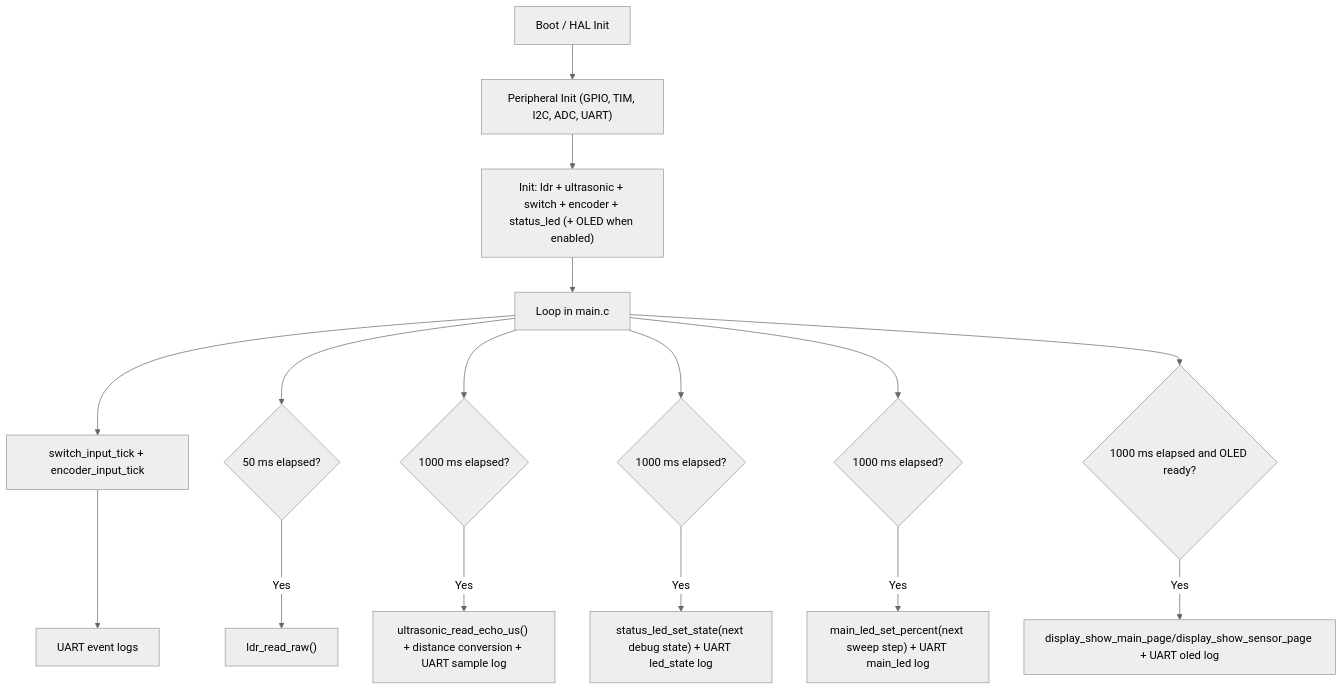
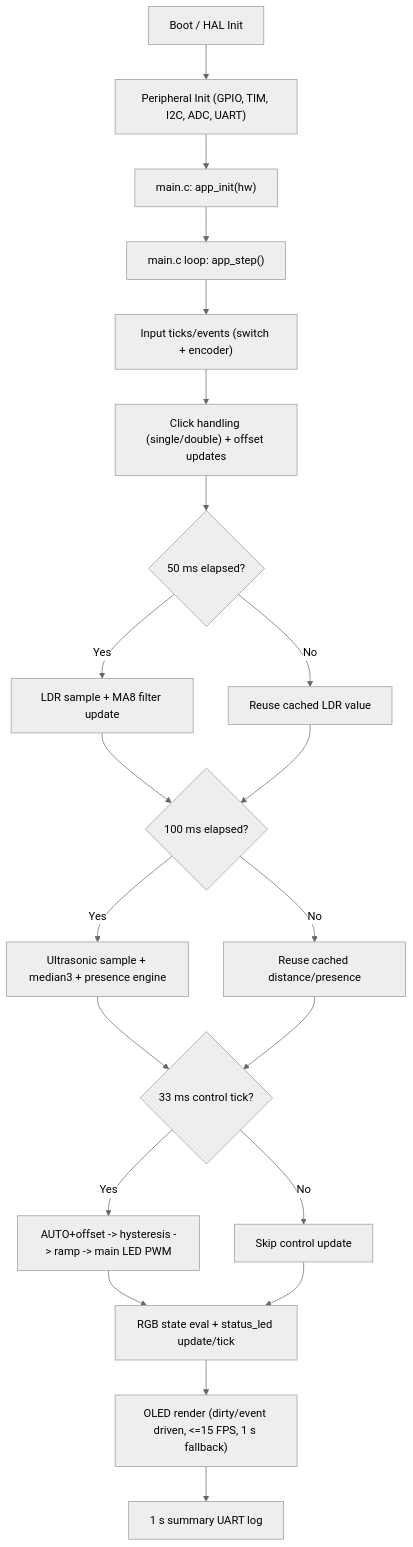
The diagram in docs/architecture/Architecture.md (RJTPP/S-ADAPT-IoT), drawn with Mermaid (neutral theme) before and after one commit. The commit also changed other lines of this file, not shown here.

Commit message:
docs(architecture): update runtime flow to app-based design

````diff
--- a/docs/architecture/Architecture.md
+++ b/docs/architecture/Architecture.md
@@ -34,18 +34,23 @@
 ```mermaid
 flowchart TD
     A["Boot / HAL Init"] --> B["Peripheral Init (GPIO, TIM, I2C, ADC, UART)"]
-    B --> C["Init: ldr + ultrasonic + switch + encoder + status_led (+ OLED when enabled)"]
-    C --> D["Loop in main.c"]
-    D --> E["switch_input_tick + encoder_input_tick"]
-    E --> F["UART event logs"]
-    D --> G{"50 ms elapsed?"}
-    G -- "Yes" --> H["ldr_read_raw()"]
-    D --> I{"1000 ms elapsed?"}
-    I -- "Yes" --> J["ultrasonic_read_echo_us() + distance conversion + UART sample log"]
-    D --> K{"1000 ms elapsed?"}
-    K -- "Yes" --> L["status_led_set_state(next debug state) + UART led_state log"]
-    D --> M{"1000 ms elapsed?"}
-    M -- "Yes" --> N["main_led_set_percent(next sweep step) + UART main_led log"]
-    D --> O{"1000 ms elapsed and OLED ready?"}
-    O -- "Yes" --> P["display_show_main_page/display_show_sensor_page + UART oled log"]
+    B --> C["main.c: app_init(hw)"]
+    C --> D["main.c loop: app_step()"]
+    D --> E["Input ticks/events (switch + encoder)"]
+    E --> F["Click handling (single/double) + offset updates"]
+    F --> G{"50 ms elapsed?"}
+    G -- "Yes" --> H["LDR sample + MA8 filter update"]
+    G -- "No" --> I["Reuse cached LDR value"]
+    H --> J{"100 ms elapsed?"}
+    I --> J
+    J -- "Yes" --> K["Ultrasonic sample + median3 + presence engine"]
+    J -- "No" --> L["Reuse cached distance/presence"]
+    K --> M{"33 ms control tick?"}
+    L --> M
+    M -- "Yes" --> N["AUTO+offset -> hysteresis -> ramp -> main LED PWM"]
+    M -- "No" --> O["Skip control update"]
+    N --> P["RGB state eval + status_led update/tick"]
+    O --> P
+    P --> Q["OLED render (dirty/event driven, <=15 FPS, 1 s fallback)"]
+    Q --> R["1 s summary UART log"]
 ```
````
